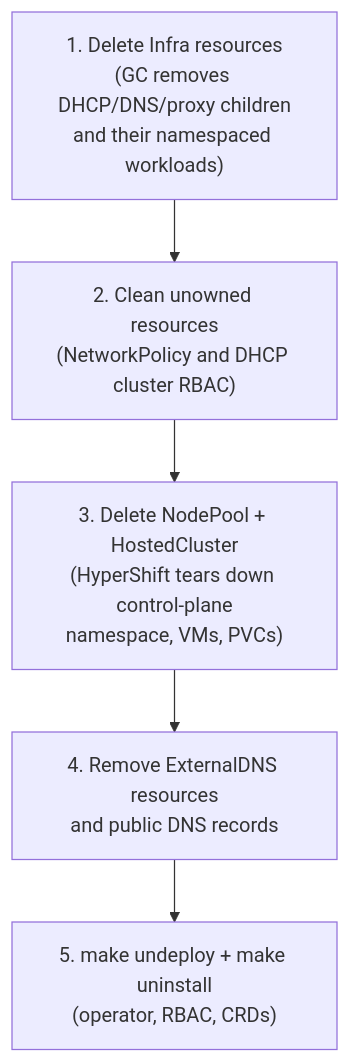
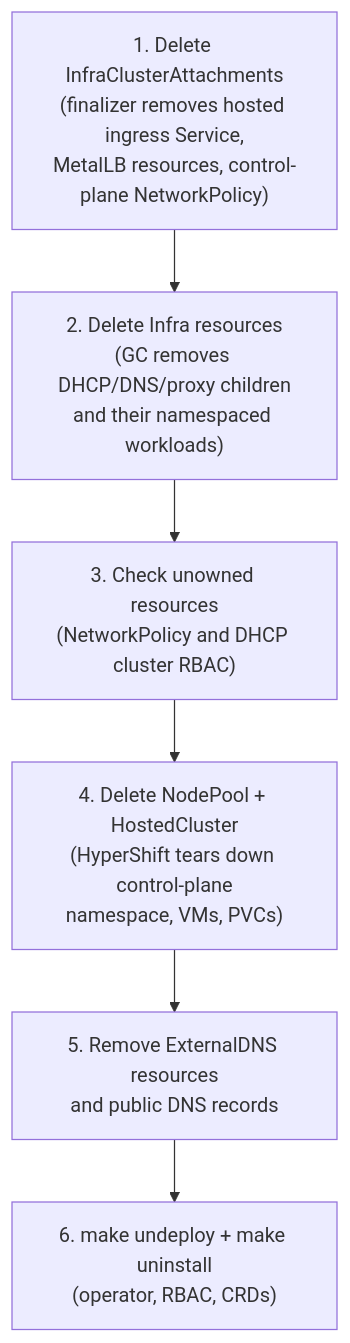
One commit to cldmnky/oooi changed the diagram in website/docs/operations/uninstall.md. Above: the diagram before and after it, drawn with Mermaid. The commit also changed other lines of this file and 70 other files, not shown here.

First line of the commit message:
feat: multiple hosted clusters on a shared Infra (#19)

````diff
--- a/website/docs/operations/uninstall.md
+++ b/website/docs/operations/uninstall.md
@@ -9,8 +9,9 @@
 ```mermaid
 flowchart TB
-    A["1. Delete Infra resources<br/>(GC removes DHCP/DNS/proxy children<br/>and their namespaced workloads)"]
-    --> B["2. Clean unowned resources<br/>(NetworkPolicy and DHCP cluster RBAC)"]
-    --> C["3. Delete NodePool + HostedCluster<br/>(HyperShift tears down control-plane<br/>namespace, VMs, PVCs)"]
-    --> D["4. Remove ExternalDNS resources<br/>and public DNS records"]
-    --> E["5. make undeploy + make uninstall<br/>(operator, RBAC, CRDs)"]
+    A["1. Delete InfraClusterAttachments<br/>(finalizer removes hosted ingress Service,<br/>MetalLB resources, control-plane NetworkPolicy)"]
+    --> B["2. Delete Infra resources<br/>(GC removes DHCP/DNS/proxy children<br/>and their namespaced workloads)"]
+    --> C["3. Check unowned resources<br/>(NetworkPolicy and DHCP cluster RBAC)"]
+    --> D["4. Delete NodePool + HostedCluster<br/>(HyperShift tears down control-plane<br/>namespace, VMs, PVCs)"]
+    --> E["5. Remove ExternalDNS resources<br/>and public DNS records"]
+    --> F["6. make undeploy + make uninstall<br/>(operator, RBAC, CRDs)"]
 ```
````
